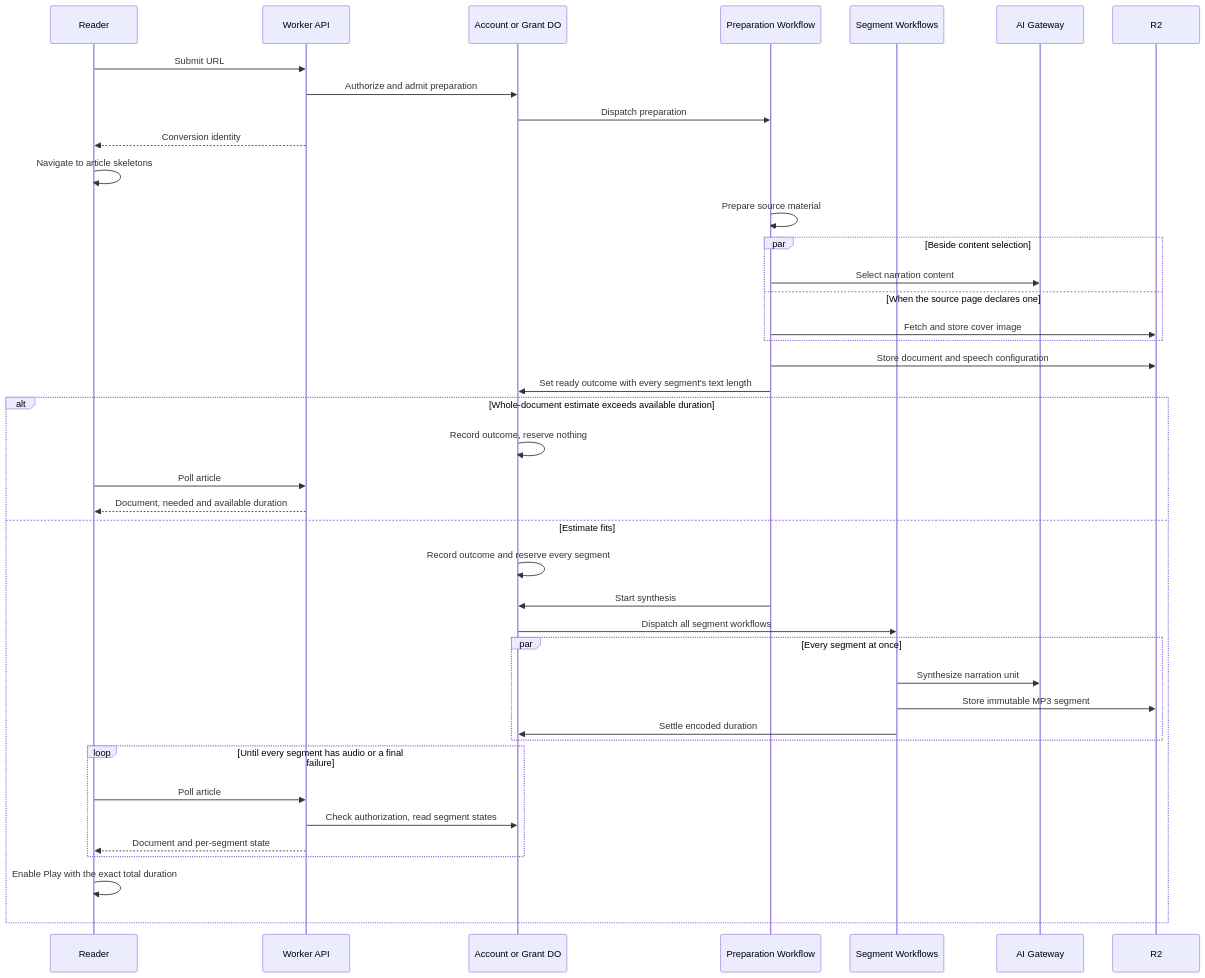
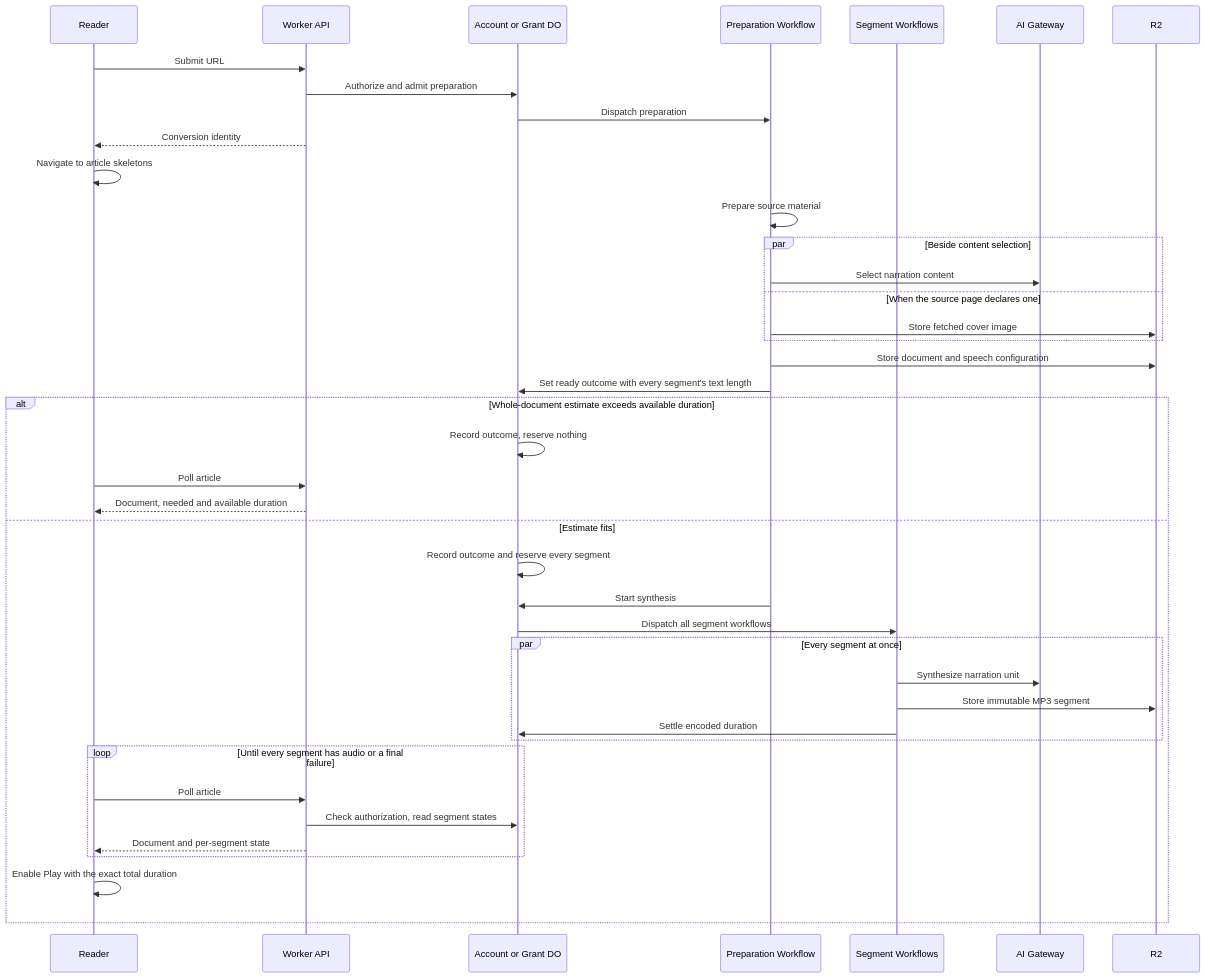
Before and after one commit to patricktree/cup: the diagram in docs/architecture/conversion.md, drawn with Mermaid. The commit also changed other lines of this file and 4 other files, not shown here.

First line of the commit message:
fix(conversion): select the cover image declaration strictly and fall through

````diff
--- a/docs/architecture/conversion.md
+++ b/docs/architecture/conversion.md
@@ -9,43 +9,43 @@
 ```mermaid
 sequenceDiagram
     participant Client as Reader
     participant API as Worker API
     participant Owner as Account or Grant DO
     participant Preparation as Preparation Workflow
     participant Segment as Segment Workflows
     participant AI as AI Gateway
     participant R2
     Client->>API: Submit URL
     API->>Owner: Authorize and admit preparation
     Owner->>Preparation: Dispatch preparation
     API-->>Client: Conversion identity
     Client->>Client: Navigate to article skeletons
     Preparation->>Preparation: Prepare source material
     par Beside content selection
         Preparation->>AI: Select narration content
     and When the source page declares one
-        Preparation->>R2: Fetch and store cover image
+        Preparation->>R2: Store fetched cover image
     end
     Preparation->>R2: Store document and speech configuration
     Preparation->>Owner: Set ready outcome with every segment's text length
     alt Whole-document estimate exceeds available duration
         Owner->>Owner: Record outcome, reserve nothing
         Client->>API: Poll article
         API-->>Client: Document, needed and available duration
     else Estimate fits
         Owner->>Owner: Record outcome and reserve every segment
         Preparation->>Owner: Start synthesis
         Owner->>Segment: Dispatch all segment workflows
         par Every segment at once
             Segment->>AI: Synthesize narration unit
             Segment->>R2: Store immutable MP3 segment
             Segment->>Owner: Settle encoded duration
         end
         loop Until every segment has audio or a final failure
             Client->>API: Poll article
             API->>Owner: Check authorization, read segment states
             API-->>Client: Document and per-segment state
         end
         Client->>Client: Enable Play with the exact total duration
     end
 ```
````
